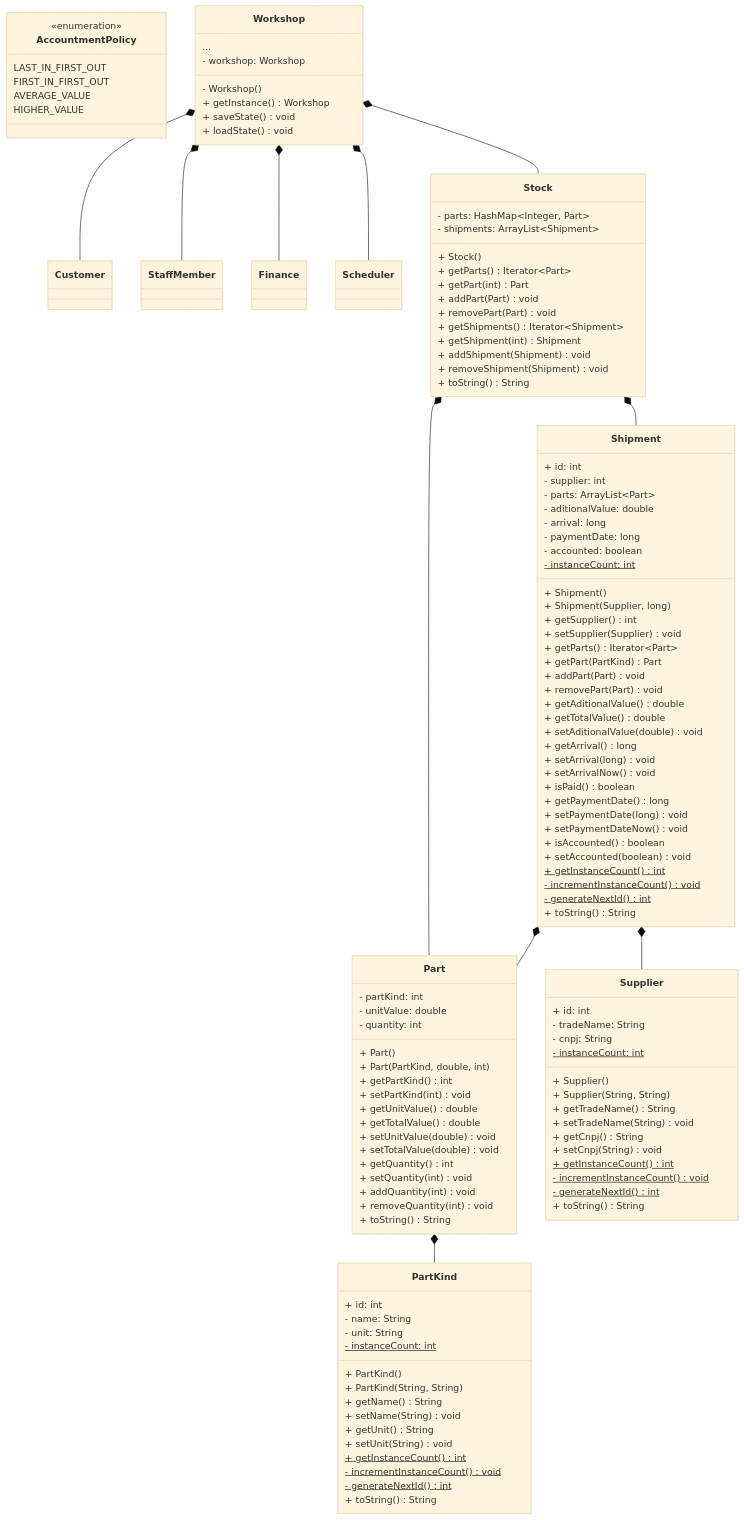
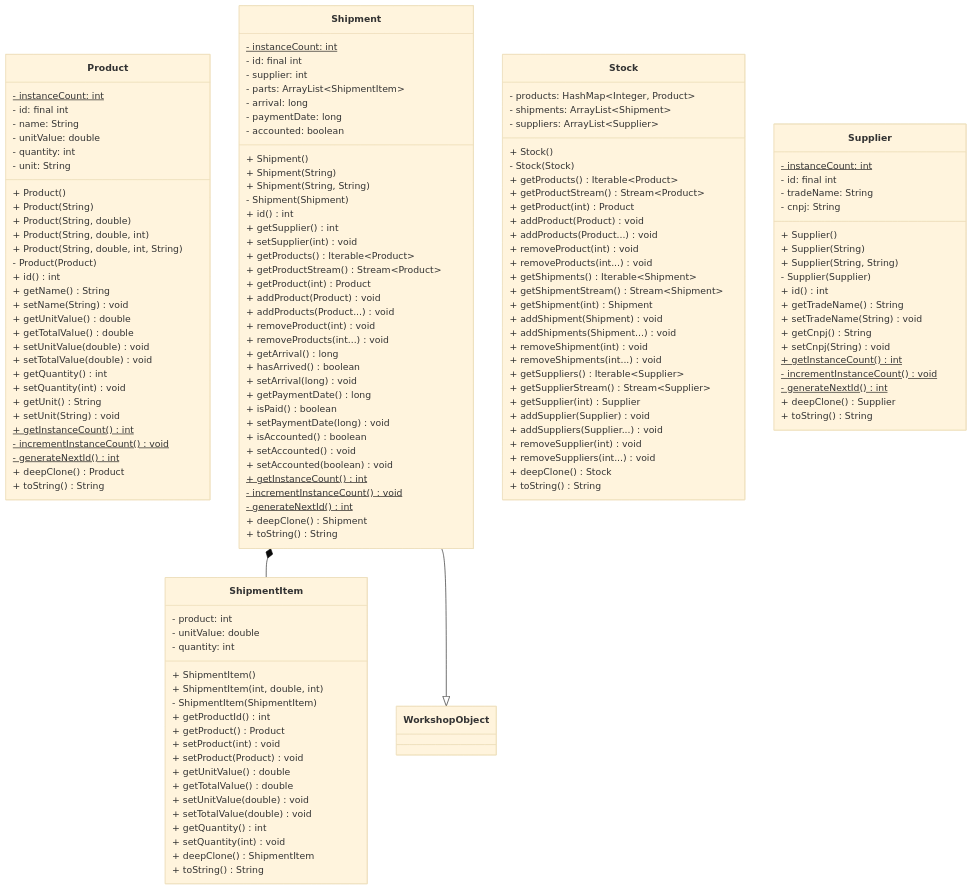
One commit to alan-b-lima/Workshop changed the diagram in README.md. Above: the diagram before and after it, drawn with Mermaid (base theme). The commit also changed other lines of this file and 4 other files, not shown here.

````diff
--- a/README.md
+++ b/README.md
@@ -80,50 +86,31 @@
 ```mermaid
 classDiagram
 
-    class AccountmentPolicy {
-        <<enumeration>>
+    class Product {
+        - instanceCount: int $
 
-        LAST_IN_FIRST_OUT
-        FIRST_IN_FIRST_OUT
-        AVERAGE_VALUE
-        HIGHER_VALUE
-    }
-
-    Part *-- PartKind
-    class Part {
-        - partKind: int
+        - id: final int
+        - name: String
         - unitValue: double
         - quantity: int
+        - unit: String
 
-        + Part()
-        + Part(PartKind, double, int)
+        + Product()
+        + Product(String)
+        + Product(String, double)
+        + Product(String, double, int)
+        + Product(String, double, int, String)
+        - Product(Product)
 
-        + getPartKind() int
-        + setPartKind(int) void
+        + id() int
+        + getName() String
+        + setName(String) void
         + getUnitValue() double
         + getTotalValue() double
         + setUnitValue(double) void
         + setTotalValue(double) void
         + getQuantity() int
         + setQuantity(int) void
-        + addQuantity(int) void
-        + removeQuantity(int) void
-
-        + toString() String
-    }
-
-    class PartKind {
-        + id: int
-        - name: String
-        - unit: String
-
-        + PartKind()
-        + PartKind(String, String)
-
-        - instanceCount: int $
-
-        + getName() String
-        + setName(String) void
         + getUnit() String
         + setUnit(String) void
 
@@ -131,61 +118,126 @@
         - incrementInstanceCount() void $
         - generateNextId() int $
 
+        + deepClone() Product
         + toString() String
     }
 
-    Shipment *-- Part
-    Shipment *-- Supplier
+    class ShipmentItem {
+        - product: int
+        - unitValue: double
+        - quantity: int
+
+        + ShipmentItem()
+        + ShipmentItem(int, double, int)
+        - ShipmentItem(ShipmentItem)
+
+        + getProductId() int
+        + getProduct() Product
+        + setProduct(int) void
+        + setProduct(Product) void
+        + getUnitValue() double
+        + getTotalValue() double
+        + setUnitValue(double) void
+        + setTotalValue(double) void
+        + getQuantity() int
+        + setQuantity(int) void
+
+        + deepClone() ShipmentItem
+        + toString() String
+    }
+
+    Shipment *-- ShipmentItem
+    Shipment --|> WorkshopObject
     class Shipment {
-        + id: int
+        - instanceCount: int $
+        
+        - id: final int
         - supplier: int
-        - parts: ArrayList~Part~
-        - aditionalValue: double
+        - parts: ArrayList~ShipmentItem~
         - arrival: long
         - paymentDate: long
         - accounted: boolean
 
         + Shipment()
-        + Shipment(Supplier, long)
+        + Shipment(String)
+        + Shipment(String, String)
+        - Shipment(Shipment)
 
-        - instanceCount: int $
-
+        + id() int
         + getSupplier() int
-        + setSupplier(Supplier) void
-        + getParts() Iterator~Part~
-        + getPart(PartKind) Part
-        + addPart(Part) void
-        + removePart(Part) void
-        + getAditionalValue() double
-        + getTotalValue() double
-        + setAditionalValue(double) void
+        + setSupplier(int) void
+        + getProducts() Iterable~Product~
+        + getProductStream() Stream~Product~
+        + getProduct(int) Product
+        + addProduct(Product) void
+        + addProducts(Product...) void
+        + removeProduct(int) void
+        + removeProducts(int...) void
         + getArrival() long
+        + hasArrived() boolean
         + setArrival(long) void
-        + setArrivalNow() void
+        + getPaymentDate() long
         + isPaid() boolean
-        + getPaymentDate() long
         + setPaymentDate(long) void
-        + setPaymentDateNow() void
         + isAccounted() boolean
+        + setAccounted() void
         + setAccounted(boolean) void
 
         + getInstanceCount() int $
         - incrementInstanceCount() void $
         - generateNextId() int $
 
+        + deepClone() Shipment
+        + toString() String
+    }
+
+    class Stock {
+        - products: HashMap~Integer, Product~
+        - shipments: ArrayList~Shipment~
+        - suppliers: ArrayList~Supplier~
+
+        + Stock()
+        - Stock(Stock)
+
+        + getProducts() Iterable~Product~
+        + getProductStream() Stream~Product~
+        + getProduct(int) Product
+        + addProduct(Product) void
+        + addProducts(Product...) void
+        + removeProduct(int) void
+        + removeProducts(int...) void
+        + getShipments() Iterable~Shipment~
+        + getShipmentStream() Stream~Shipment~
+        + getShipment(int) Shipment
+        + addShipment(Shipment) void
+        + addShipments(Shipment...) void
+        + removeShipment(int) void
+        + removeShipments(int...) void        
+        + getSuppliers() Iterable~Supplier~
+        + getSupplierStream() Stream~Supplier~
+        + getSupplier(int) Supplier
+        + addSupplier(Supplier) void
+        + addSuppliers(Supplier...) void
+        + removeSupplier(int) void
+        + removeSuppliers(int...) void
+
+        + deepClone() Stock
         + toString() String
     }
 
     class Supplier {
-        + id: int
+        - instanceCount: int $
+
+        - id: final int
         - tradeName: String
         - cnpj: String
 
         + Supplier()
+        + Supplier(String)
         + Supplier(String, String)
+        - Supplier(Supplier)
 
-        - instanceCount: int $
-
+        + id() int
         + getTradeName() String
         + setTradeName(String) void
         + getCnpj() String
@@ -195,44 +247,7 @@
         - incrementInstanceCount() void $
         - generateNextId() int $
 
+        + deepClone() Supplier
         + toString() String
     }
-
-    Stock *-- Part
-    Stock *-- Shipment
-    class Stock {
-        - parts: HashMap~Integer, Part~
-        - shipments: ArrayList~Shipment~
-
-        + Stock()
-        
-        + getParts() Iterator~Part~
-        + getPart(int) Part
-        + addPart(Part) void
-        + removePart(Part) void
-        + getShipments() Iterator~Shipment~
-        + getShipment(int) Shipment
-        + addShipment(Shipment) void
-        + removeShipment(Shipment) void
-
-        + toString() String
-    }
-
-    Workshop *-- Customer
-    Workshop *-- StaffMember
-    Workshop *-- Finance
-    Workshop *-- Scheduler
-    Workshop *-- Stock
-    class Workshop {
-        ...
-
-        - workshop: Workshop
-
-        - Workshop()
-
-        + getInstance() Workshop
-        
-        + saveState() void
-        + loadState() void
-    }
 ```
````
